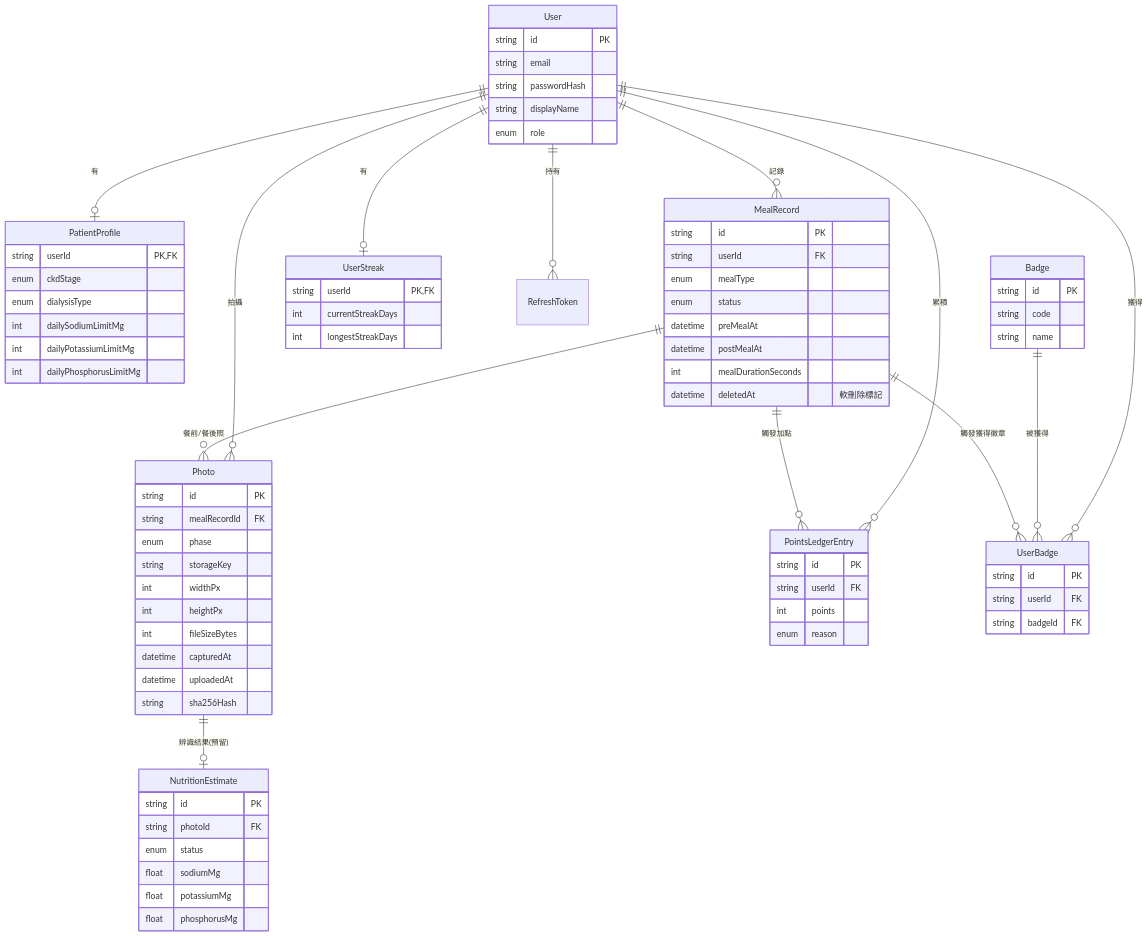
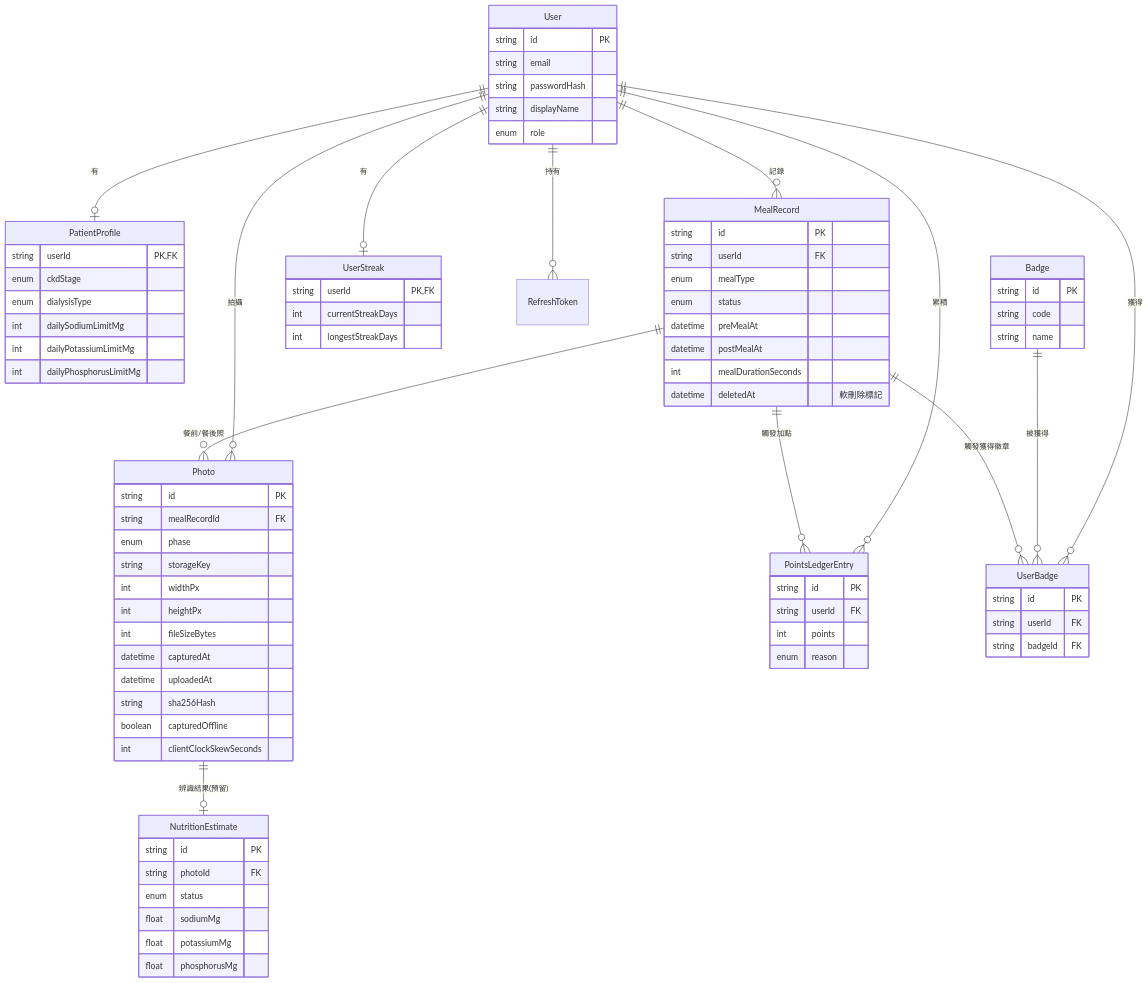
One commit to rayyar28/kidney-diet-app changed the diagram in docs/DATABASE.md. Above: the diagram before and after it, drawn with Mermaid. The commit also changed other lines of this file and 8 other files, not shown here.

```diff
--- a/docs/DATABASE.md
+++ b/docs/DATABASE.md
@@ -58,6 +58,8 @@
         datetime capturedAt
         datetime uploadedAt
         string sha256Hash
+        boolean capturedOffline
+        int clientClockSkewSeconds
     }
     NutritionEstimate {
         string id PK
```
